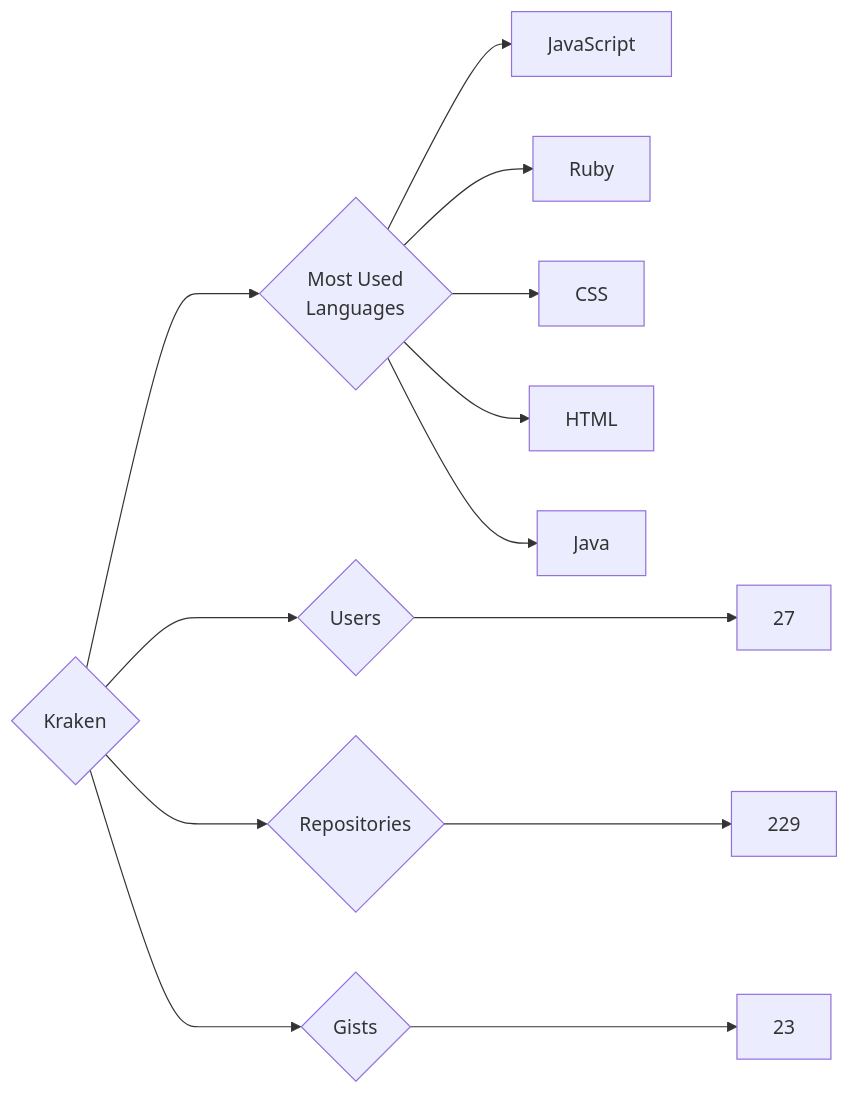
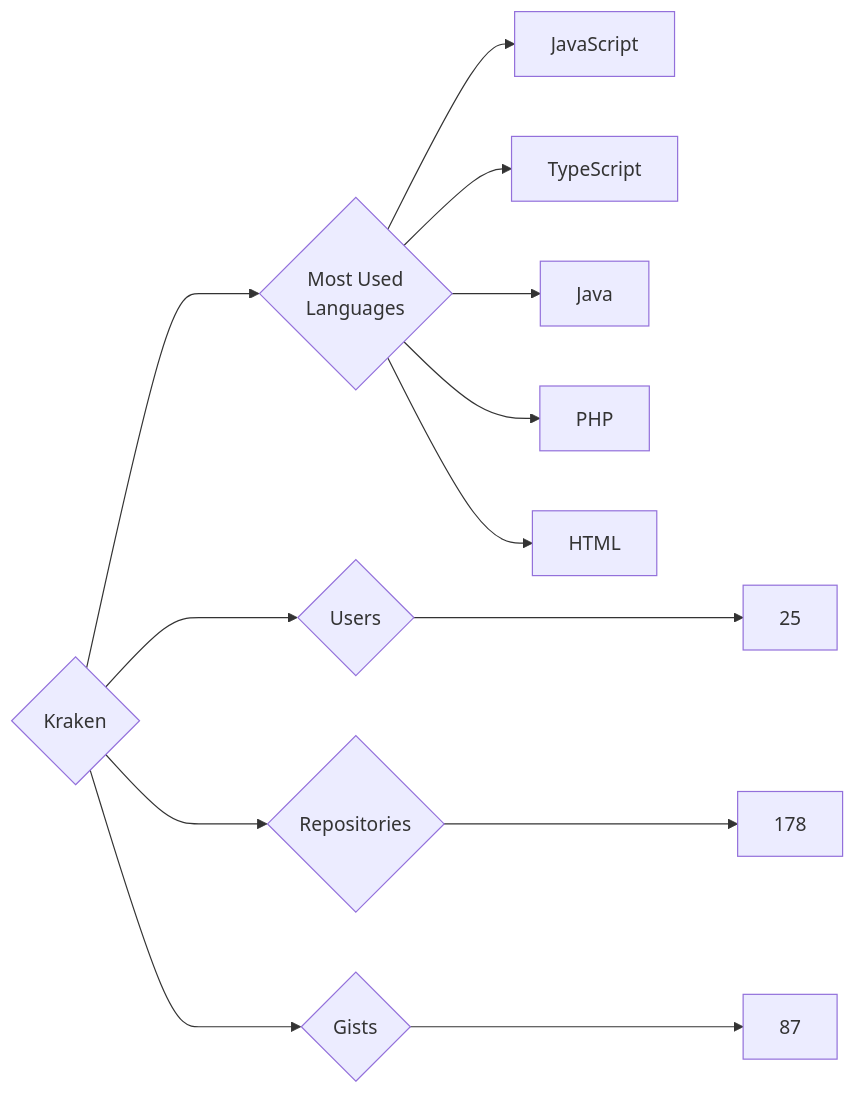
The diagram in targets/Kraken/README.md (trickest/insiders), drawn with Mermaid before and after one commit. The commit also changed 935 other files, not shown here.

````diff
--- a/targets/Kraken/README.md
+++ b/targets/Kraken/README.md
@@ -3,13 +3,13 @@
 ```mermaid
 graph LR
 COMPANY_NAME{Kraken}
-COMPANY_NAME ---> U{Users} ---> UN[27]
-COMPANY_NAME ---> R{Repositories} ---> RN[229]
-COMPANY_NAME ---> G{Gists} ---> GN[23]
+COMPANY_NAME ---> U{Users} ---> UN[25]
+COMPANY_NAME ---> R{Repositories} ---> RN[178]
+COMPANY_NAME ---> G{Gists} ---> GN[87]
 COMPANY_NAME ---> ML{Most Used<br>Languages}
 ML --> JavaScript[JavaScript]
-ML --> Ruby[Ruby]
-ML --> CSS[CSS]
+ML --> TypeScript[TypeScript]
+ML --> Java[Java]
+ML --> PHP[PHP]
 ML --> HTML[HTML]
-ML --> Java[Java]
 ```
````
